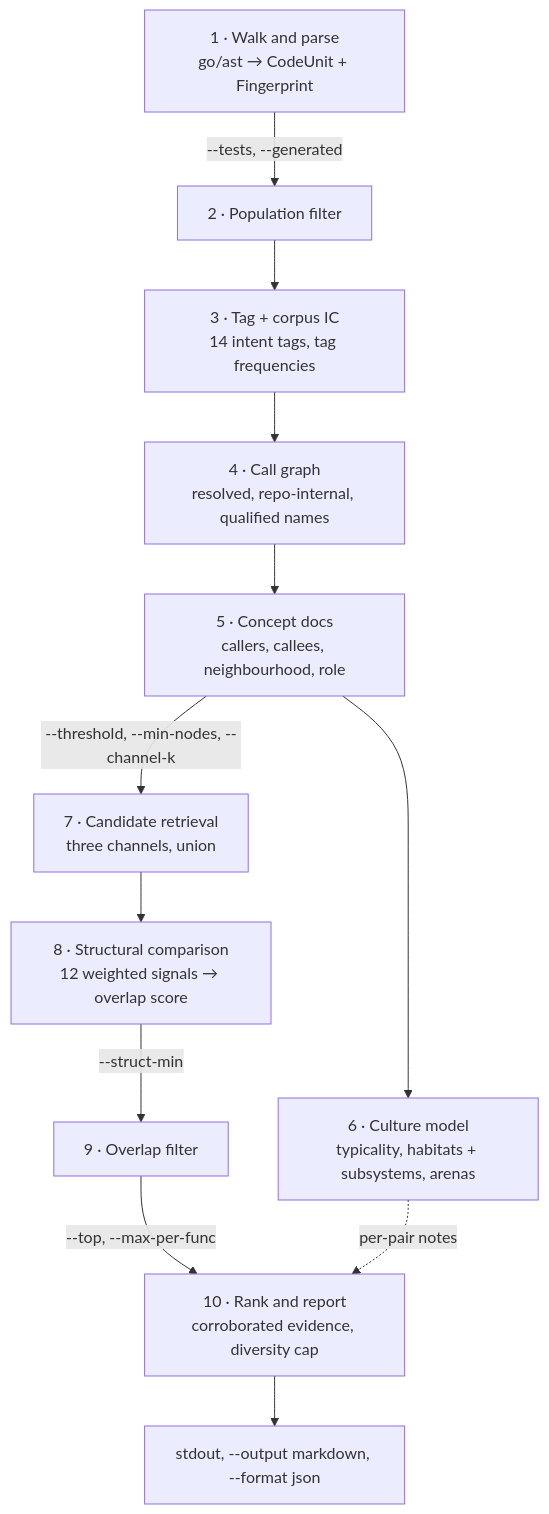
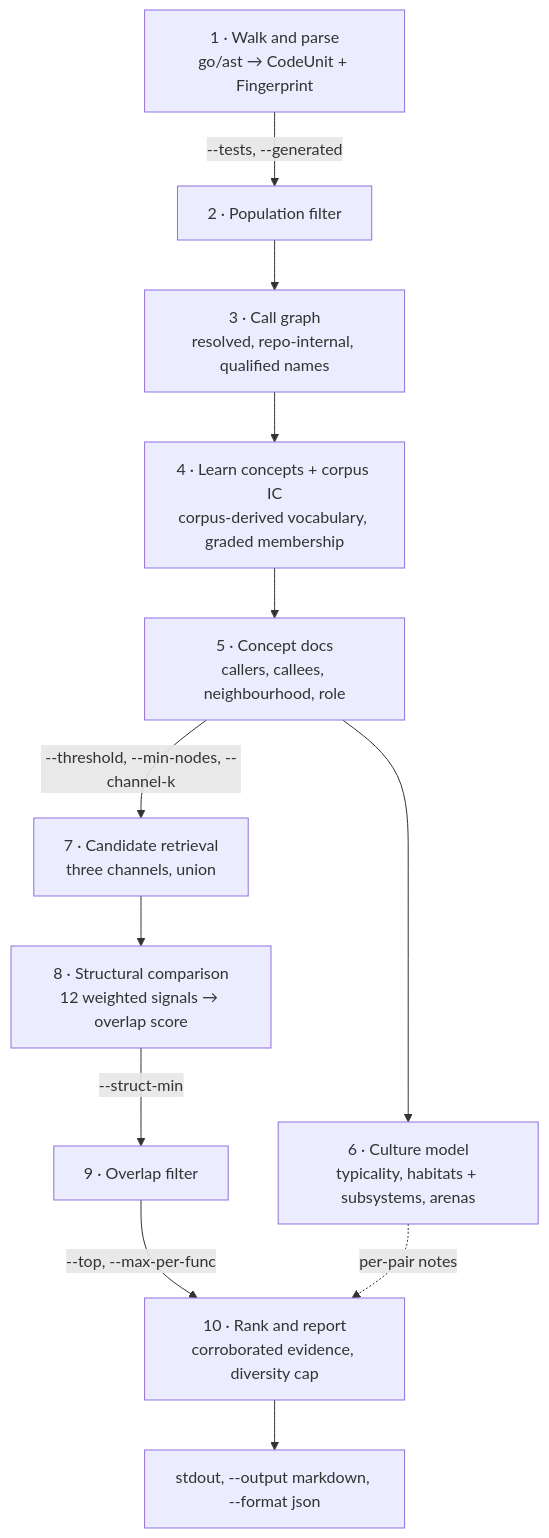
One commit to LukasSelin/doppel changed the first of 7 diagrams in .github/wiki/how-it-works.md. Above: the diagram before and after it, drawn with Mermaid. The commit also changed other lines of this file and 66 other files, not shown here.

````diff
--- a/.github/wiki/how-it-works.md
+++ b/.github/wiki/how-it-works.md
@@ -9,24 +9,24 @@
 ```mermaid
 flowchart TD
     parse["1 · Walk and parse<br/>go/ast → CodeUnit + Fingerprint"]
     pop["2 · Population filter"]
-    tag["3 · Tag + corpus IC<br/>14 intent tags, tag frequencies"]
-    cg["4 · Call graph<br/>resolved, repo-internal, qualified names"]
+    cg["3 · Call graph<br/>resolved, repo-internal, qualified names"]
+    tag["4 · Learn concepts + corpus IC<br/>corpus-derived vocabulary, graded membership"]
     docs["5 · Concept docs<br/>callers, callees, neighbourhood, role"]
     cult["6 · Culture model<br/>typicality, habitats + subsystems, arenas"]
     ret["7 · Candidate retrieval<br/>three channels, union"]
     cmp["8 · Structural comparison<br/>12 weighted signals → overlap score"]
     filt["9 · Overlap filter"]
     rank["10 · Rank and report<br/>corroborated evidence, diversity cap"]
     out["stdout, --output markdown, --format json"]
 
     parse -->|"--tests, --generated"| pop
-    pop --> tag --> cg --> docs
+    pop --> cg --> tag --> docs
     docs --> cult
     docs -->|"--threshold, --min-nodes, --channel-k"| ret
     ret --> cmp
     cmp -->|"--struct-min"| filt
     filt -->|"--top, --max-per-func"| rank
     cult -.->|"per-pair notes"| rank
     rank --> out
 ```
````
